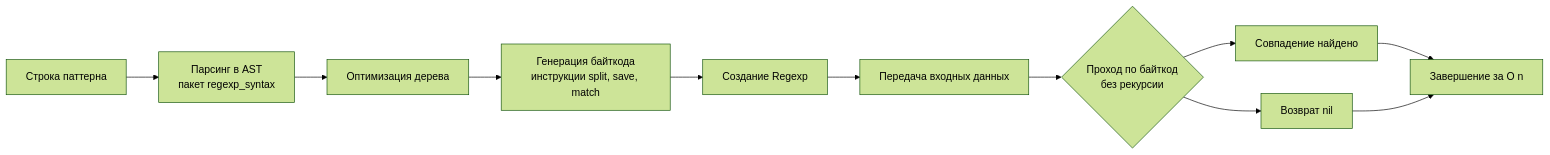
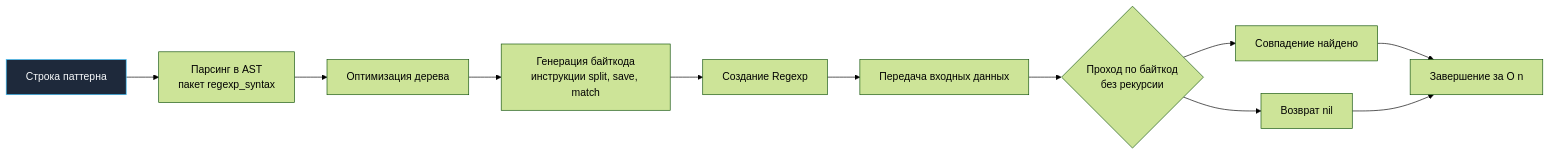
One commit to UnrealTemplier/go-textbook changed the diagram in sources/6. Стандартная библиотека Go/28. regexp. Регулярные выражения.md. Above: the diagram before and after it, drawn with Mermaid (forest theme). The commit also changed 1666 other files, not shown here.

First line of the commit message:
feat(mermaid): add semantic color classDef to 1369 colorless flowchart/graph diagrams

````diff
--- a/sources/6. Стандартная библиотека Go/28. regexp. Регулярные выражения.md
+++ b/sources/6. Стандартная библиотека Go/28. regexp. Регулярные выражения.md
@@ -23,13 +23,23 @@
 ```mermaid
 flowchart LR
-    A["Строка паттерна"] --> B["Парсинг в AST<br>пакет regexp_syntax"]
+    classDef process  fill:#1e293b,stroke:#38bdf8,stroke-width:1px,color:#f8fafc
+    classDef success  fill:#064e3b,stroke:#34d399,stroke-width:1px,color:#f8fafc
+    classDef error    fill:#7f1d1d,stroke:#f87171,stroke-width:1px,color:#f8fafc
+    classDef warning  fill:#78350f,stroke:#fbbf24,stroke-width:1px,color:#f8fafc
+    classDef entry    fill:#1e3a5f,stroke:#38bdf8,stroke-width:2px,color:#f8fafc
+    classDef aux      fill:#334155,stroke:#64748b,stroke-width:1px,color:#f8fafc
+    classDef system   fill:#312e81,stroke:#a78bfa,stroke-width:1px,color:#f8fafc
+    classDef data     fill:#132d29,stroke:#2dd4bf,stroke-width:1px,color:#f8fafc
+    classDef network  fill:#881337,stroke:#fb7185,stroke-width:1px,color:#f8fafc
+    classDef accent   fill:#1e1b4b,stroke:#818cf8,stroke-width:1px,color:#f8fafc
+    A["Строка паттерна"]:::process --> B["Парсинг в AST<br>пакет regexp_syntax"]
     B --> C["Оптимизация дерева"]
     C --> D["Генерация байткода<br>инструкции split, save, match"]
     D --> E["Создание Regexp"]
     E --> F["Передача входных данных"]
     F --> G{"Проход по байткод<br>без рекурсии"}
     G --> H["Совпадение найдено"]
     G --> I["Возврат nil"]
     H --> J["Завершение за O n"]
     I --> J
 ```
````
